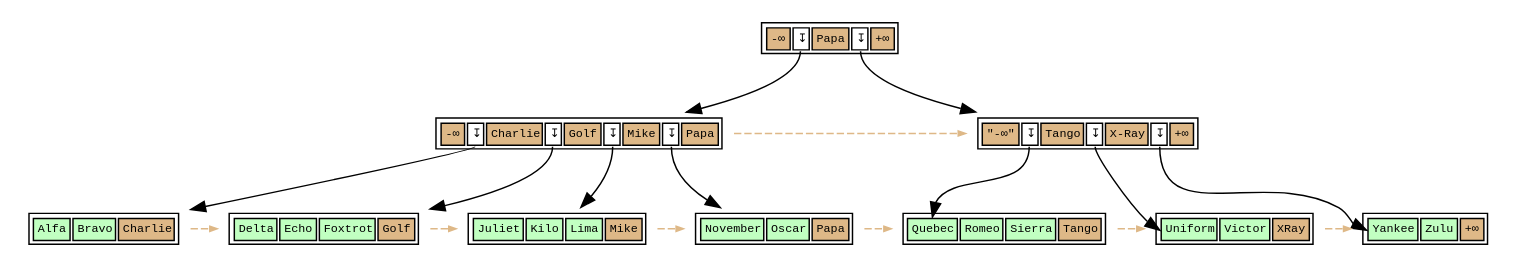
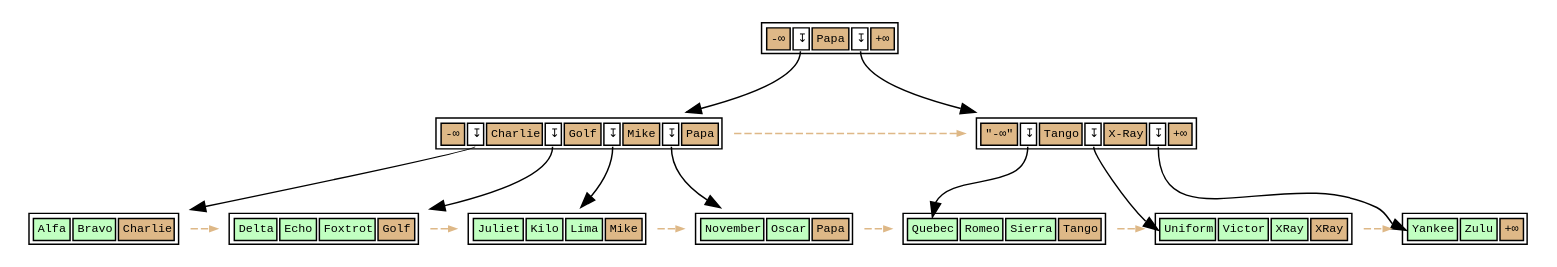
The diagram in cute-btree.dot (petergeoghegan/pg_query_internals), drawn with Graphviz before and after one commit.

Commit message:
Add tuple equal to leaf high key

```diff
--- a/cute-btree.dot
+++ b/cute-btree.dot
@@ -1,165 +1,166 @@
 // Example B-Tree graph
 //
 // Breadth-first order
 //
 // Start from root, go left to right
 //
 // Workflow:
 //
 // $ dot -T svg btree.dot -o btree.svg;
 
 digraph nbtree {
 graph [fontname = "monospace"];
 node [shape = none,height=.1,fontname = "monospace",fontsize=8];
 // Level 2 (Root internal level)
 rootnode[ label=<<table>
                     <tr>
                         <td bgcolor='burlywood' port="s0">-&infin;</td>
                         <td bgcolor='white' port="d0">&#8615;</td>
                         <td bgcolor='burlywood' port="s1">Papa</td>
                         <td bgcolor='white' port="d1">&#8615;</td>
                         <td bgcolor='burlywood' port="hk">+&infin;</td>
                     </tr>
                 </table>
                >
         ];
 // Downlink arrows to children:
 "rootnode":d0 -> "leftinternal"
 "rootnode":d1 -> "rightinternal"
 // sibling pointer:
 // (None)
 
 
 // Level 1 (Internal level)
 // Downlinks + highkey:
 leftinternal[ label=<<table>
                     <tr>
                         <td bgcolor='burlywood' port="s0">-&infin;</td>
                         <td bgcolor='white' port="d0">&#8615;</td>
                         <td bgcolor='burlywood' port="s1">Charlie</td>
                         <td bgcolor='white' port="d1">&#8615;</td>
                         <td bgcolor='burlywood' port="s2">Golf</td>
                         <td bgcolor='white' port="d2">&#8615;</td>
                         <td bgcolor='burlywood' port="s3">Mike</td>
                         <td bgcolor='white' port="d3">&#8615;</td>
                         <td bgcolor='burlywood' port="hk">Papa</td>
                     </tr>
                 </table>
                >
         ];
 // Downlink arrows to children:
 "leftinternal":d0 -> "leafnode_1"
 "leftinternal":d1 -> "leafnode_2"
 "leftinternal":d2 -> "leafnode_3"
 "leftinternal":d3 -> "leafnode_4"
 // sibling pointer:
 "leftinternal" -> "rightinternal"[constraint=false,color=burlywood,style=dashed,arrowsize=0.5]
 // Downlinks + highkey:
 rightinternal[ label=<<table>
                     <tr>
                         <td bgcolor='burlywood' port="s0">&quot;-&infin;&quot;</td>
                         <td bgcolor='white' port="d0">&#8615;</td>
                         <td bgcolor='burlywood' port="s1">Tango</td>
                         <td bgcolor='white' port="d1">&#8615;</td>
                         <td bgcolor='burlywood' port="s2">X-Ray</td>
                         <td bgcolor='white' port="d2">&#8615;</td>
                         <td bgcolor='burlywood' port="hk">+&infin;</td>
                     </tr>
                 </table>
                >
         ];
 // Downlink arrows to children:
 "rightinternal":d0 -> "leafnode_5":t0
 "rightinternal":d1 -> "leafnode_6":t0
 "rightinternal":d2 -> "leafnode_7":t0
 // sibling pointer:
 // (None)
 
 
 // Level 0 (leaf level)
 leafnode_1[ label=<<table>
                     <tr>
                         <td bgcolor='darkseagreen1' port="t0">Alfa</td>
                         <td bgcolor='darkseagreen1' port="t1">Bravo</td>
                         <td bgcolor='burlywood' port="hk">Charlie</td>
                     </tr>
                 </table>
                >
         ];
 // sibling pointer:
 "leafnode_1" -> "leafnode_2"[constraint=false,color=burlywood,style=dashed,arrowsize=0.5]
 leafnode_2[ label=<<table>
                     <tr>
                         <td bgcolor='darkseagreen1' port="t0">Delta</td>
                         <td bgcolor='darkseagreen1' port="t1">Echo</td>
                         <td bgcolor='darkseagreen1' port="t2">Foxtrot</td>
                         <td bgcolor='burlywood' port="hk">Golf</td>
                     </tr>
                 </table>
                >
         ];
 // sibling pointer:
 "leafnode_2" -> "leafnode_3"[constraint=false,color=burlywood,style=dashed,arrowsize=0.5]
 leafnode_3[ label=<<table>
                     <tr>
                         <td bgcolor='darkseagreen1' port="t0">Juliet</td>
                         <td bgcolor='darkseagreen1' port="t1">Kilo</td>
                         <td bgcolor='darkseagreen1' port="t2">Lima</td>
                         <td bgcolor='burlywood' port="hk">Mike</td>
                     </tr>
                 </table>
                >
         ];
 // sibling pointer:
 "leafnode_3" -> "leafnode_4"[constraint=false,color=burlywood,style=dashed,arrowsize=0.5]
 leafnode_4[ label=<<table>
                     <tr>
                         <td bgcolor='darkseagreen1' port="t0">November</td>
                         <td bgcolor='darkseagreen1' port="t1">Oscar</td>
                         <td bgcolor='burlywood' port="hk">Papa</td>
                     </tr>
                 </table>
                >
         ];
 // sibling pointer:
 "leafnode_4" -> "leafnode_5"[constraint=false,color=burlywood,style=dashed,arrowsize=0.5]
 leafnode_5[ label=<<table>
                     <tr>
                         <td bgcolor='darkseagreen1' port="t0">Quebec</td>
                         <td bgcolor='darkseagreen1' port="t1">Romeo</td>
                         <td bgcolor='darkseagreen1' port="t2">Sierra</td>
                         <td bgcolor='burlywood' port="hk">Tango</td>
                     </tr>
                 </table>
                >
         ];
 // sibling pointer:
 "leafnode_5" -> "leafnode_6"[constraint=false,color=burlywood,style=dashed,arrowsize=0.5]
 leafnode_6[ label=<<table>
                     <tr>
                         <td bgcolor='darkseagreen1' port="t0">Uniform</td>
                         <td bgcolor='darkseagreen1' port="t1">Victor</td>
+                        <td bgcolor='darkseagreen1' port="t2">XRay</td>
                         <td bgcolor='burlywood' port="hk">XRay</td>
                     </tr>
                 </table>
                >
         ];
 // sibling pointer:
 "leafnode_6" -> "leafnode_7"[constraint=false,color=burlywood,style=dashed,arrowsize=0.5]
 leafnode_7[ label=<<table>
                     <tr>
                         <td bgcolor='darkseagreen1' port="t0">Yankee</td>
                         <td bgcolor='darkseagreen1' port="t1">Zulu</td>
                         <td bgcolor='burlywood' port="hk">+&infin;</td>
                     </tr>
                 </table>
                >
         ];
 // sibling pointer:
 // (None)
 
 // Force alignment from root to internal to leaf levels:
 edge[style=invis];
 "rootnode":s1 -> "leafnode_4":hk
 "leftinternal":hk -> "leafnode_4":hk
 }
```
